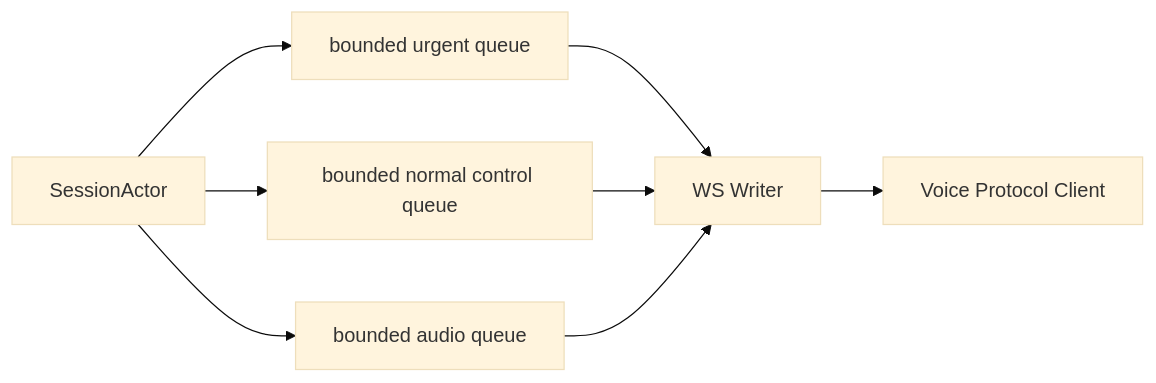
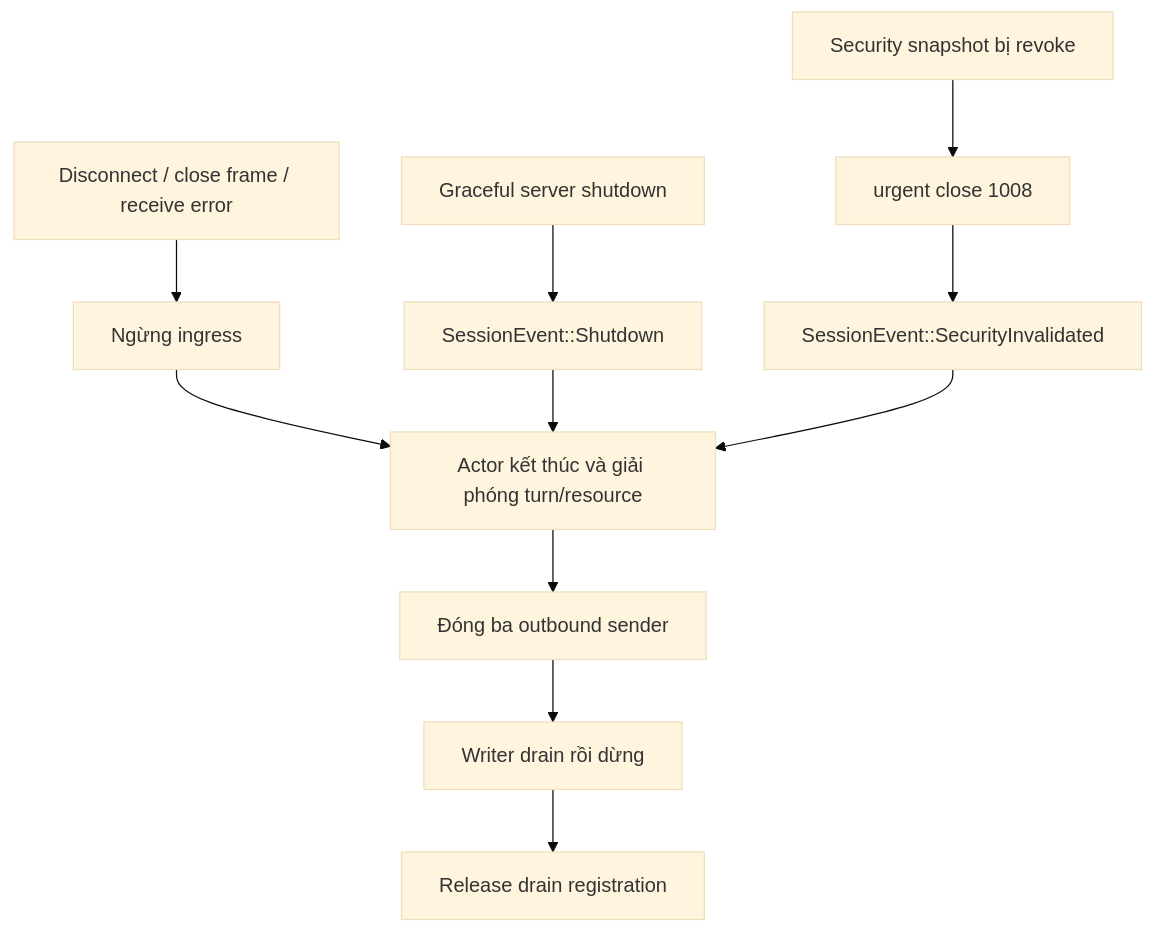
Before and after one commit to hailp-vn38/ai-agent-voice: the sixth of 6 diagrams in docs/flows/01-websocket.md, drawn with Mermaid (base theme). The commit also changed other lines of this file and 35 other files, not shown here.

````diff
--- a/docs/flows/01-websocket.md
+++ b/docs/flows/01-websocket.md
@@ -119,10 +234,13 @@
 ```mermaid
-flowchart LR
-  ACTOR[SessionActor] --> U[bounded urgent queue]
-  ACTOR --> C[bounded normal control queue]
-  ACTOR --> A[bounded audio queue]
-  U --> WRITER[WS Writer]
-  C --> WRITER
-  A --> WRITER
-  WRITER --> CLIENT[Voice Protocol Client]
+flowchart TD
+    E[Disconnect / close frame / receive error] --> S[Ngừng ingress]
+    G[Graceful server shutdown] --> H[SessionEvent::Shutdown]
+    I[Security snapshot bị revoke] --> C[urgent close 1008]
+    C --> V[SessionEvent::SecurityInvalidated]
+    S --> A[Actor kết thúc và giải phóng turn/resource]
+    H --> A
+    V --> A
+    A --> D[Đóng ba outbound sender]
+    D --> W[Writer drain rồi dừng]
+    W --> R[Release drain registration]
 ```
````
